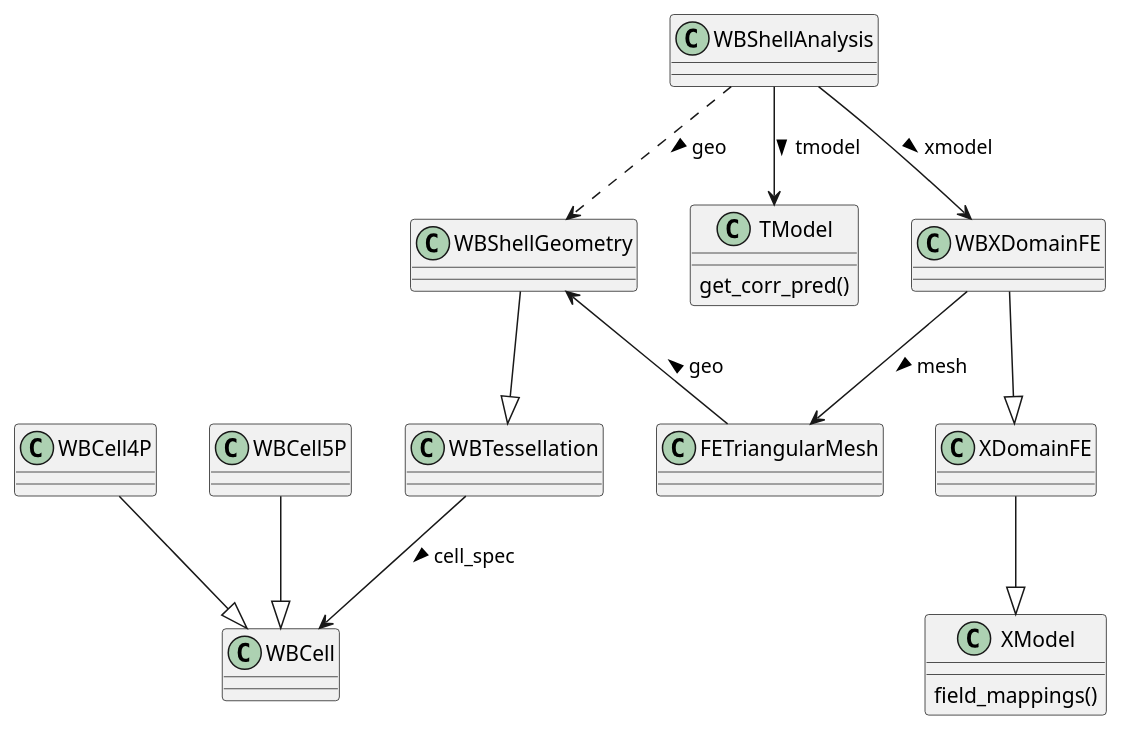
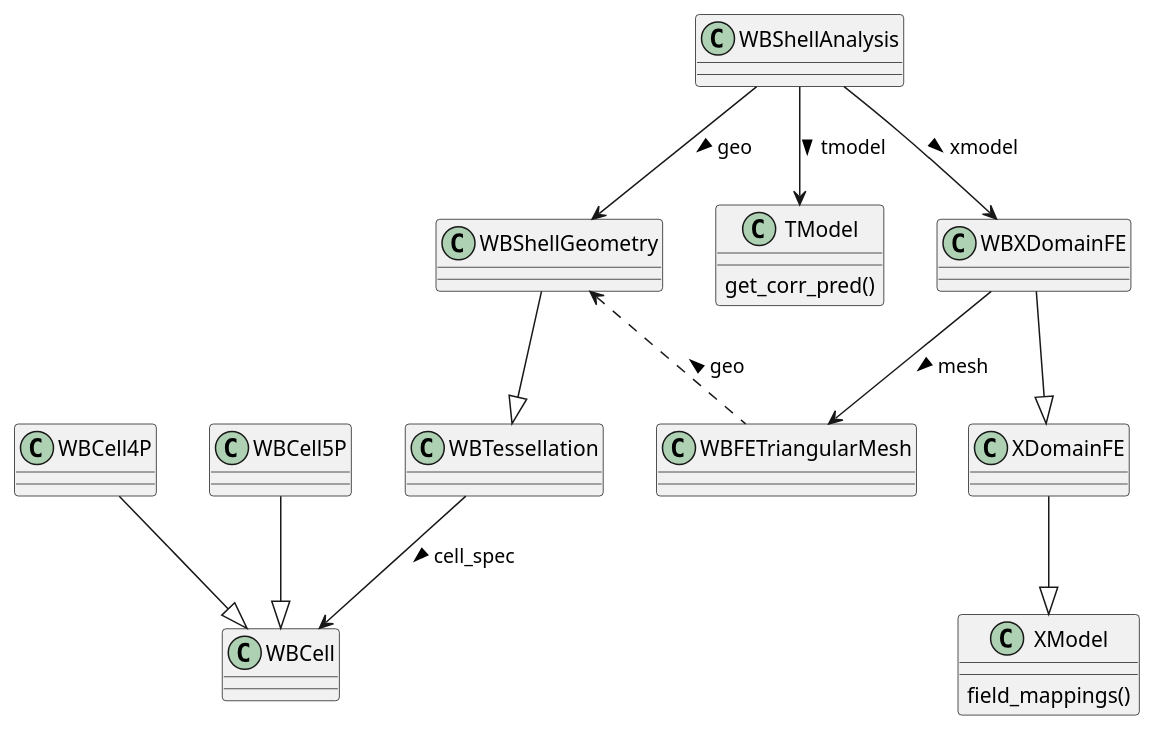
The diagram in bmcs_shell/folding/class_diagram.puml (bmcs-group/bmcs_shell), drawn with PlantUML before and after one commit. The commit also changed 5 other files, not shown here.

```diff
--- a/bmcs_shell/folding/class_diagram.puml
+++ b/bmcs_shell/folding/class_diagram.puml
@@ -1,54 +1,54 @@
 @startuml
 'https://plantuml.com/class-diagram
 
 class WBCell {
 }
 
 class WBCell4P{
 }
 
 class WBCell5P{
 }
 
 WBCell4P --|> WBCell
 
 WBCell5P --|> WBCell
 
 class WBTessellation {
 
 }
 
 WBTessellation --> WBCell: cell_spec >
 
-class FETriangularMesh{
+class WBFETriangularMesh{
 }
 
 class WBShellGeometry{
 }
 
 WBShellGeometry --|> WBTessellation
 
-WBShellGeometry <-- FETriangularMesh : geo <
+WBShellGeometry <.. WBFETriangularMesh : geo <
 
 
 class TModel{
     get_corr_pred()
 }
 
 class XModel{
     field_mappings()
 }
 
 class WBXDomainFE{
 }
 
 XDomainFE --|> XModel
 WBXDomainFE --|> XDomainFE
 
-WBXDomainFE --> FETriangularMesh : mesh >
+WBXDomainFE --> WBFETriangularMesh : mesh >
 
-WBShellAnalysis ..> WBShellGeometry : geo >
+WBShellAnalysis --> WBShellGeometry : geo >
 WBShellAnalysis --> TModel : tmodel >
 WBShellAnalysis --> WBXDomainFE : xmodel >
 
 @enduml
```
